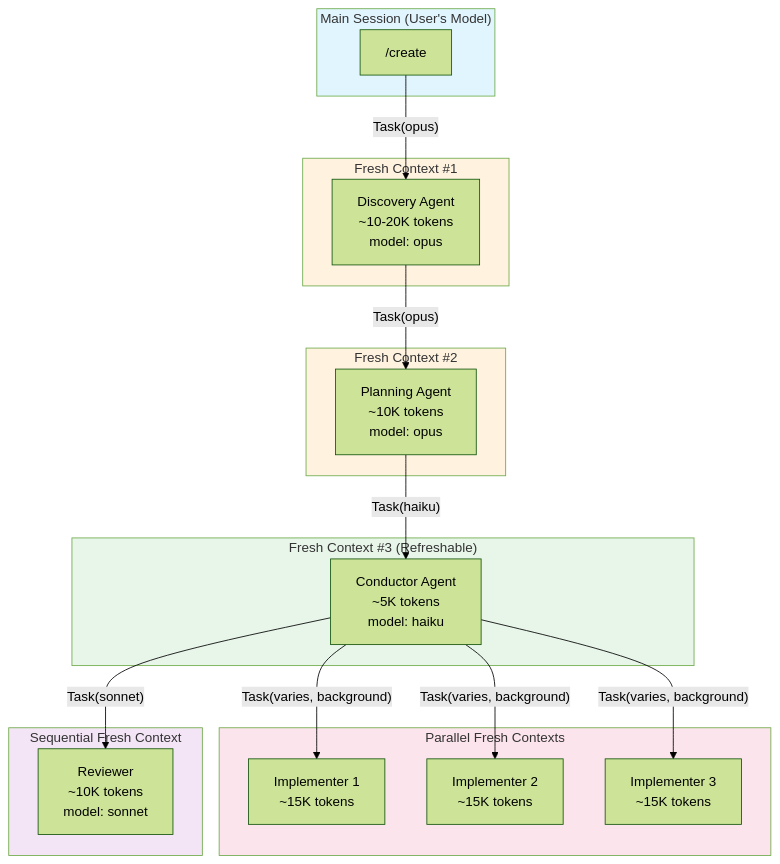
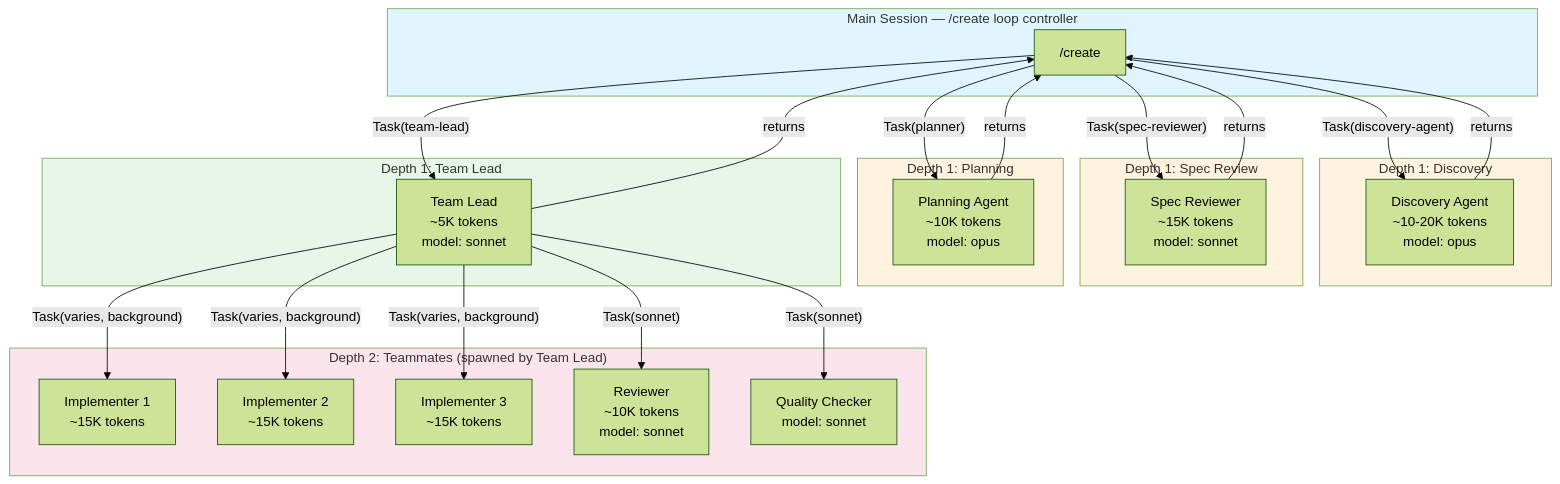
The third of 7 diagrams in diagrams/architecture.md (Zxela/claude-create), drawn with Mermaid (forest theme) before and after one commit. The commit also changed other lines of this file and 5 other files, not shown here.

First line of the commit message:
docs: update diagrams and docs for flat spawn architecture

````diff
--- a/diagrams/architecture.md
+++ b/diagrams/architecture.md
@@ -124,43 +127,51 @@
 ```mermaid
 graph TB
-    subgraph Main["Main Session (User's Model)"]
+    subgraph Main["Main Session — /create loop controller"]
         Entry["/create"]
     end
 
-    subgraph Fresh1["Fresh Context #1"]
+    subgraph Depth1_Discovery["Depth 1: Discovery"]
         D[Discovery Agent<br/>~10-20K tokens<br/>model: opus]
     end
 
-    subgraph Fresh2["Fresh Context #2"]
+    subgraph Depth1_SpecReview["Depth 1: Spec Review"]
+        SR[Spec Reviewer<br/>~15K tokens<br/>model: sonnet]
+    end
+
+    subgraph Depth1_Planning["Depth 1: Planning"]
         P[Planning Agent<br/>~10K tokens<br/>model: opus]
     end
 
-    subgraph Fresh3["Fresh Context #3 (Refreshable)"]
-        C[Conductor Agent<br/>~5K tokens<br/>model: haiku]
+    subgraph Depth1_TeamLead["Depth 1: Team Lead"]
+        TL[Team Lead<br/>~5K tokens<br/>model: sonnet]
     end
 
-    subgraph Parallel["Parallel Fresh Contexts"]
+    subgraph Depth2["Depth 2: Teammates (spawned by Team Lead)"]
         I1[Implementer 1<br/>~15K tokens]
         I2[Implementer 2<br/>~15K tokens]
         I3[Implementer 3<br/>~15K tokens]
+        R[Reviewer<br/>~10K tokens<br/>model: sonnet]
+        QC[Quality Checker<br/>model: sonnet]
     end
 
-    subgraph Sequential["Sequential Fresh Context"]
-        R[Reviewer<br/>~10K tokens<br/>model: sonnet]
-    end
-
-    Entry -->|"Task(opus)"| D
-    D -->|"Task(opus)"| P
-    P -->|"Task(haiku)"| C
-    C -->|"Task(varies, background)"| I1
-    C -->|"Task(varies, background)"| I2
-    C -->|"Task(varies, background)"| I3
-    C -->|"Task(sonnet)"| R
+    Entry -->|"Task(discovery-agent)"| D
+    D -->|"returns"| Entry
+    Entry -->|"Task(spec-reviewer)"| SR
+    SR -->|"returns"| Entry
+    Entry -->|"Task(planner)"| P
+    P -->|"returns"| Entry
+    Entry -->|"Task(team-lead)"| TL
+    TL -->|"Task(varies, background)"| I1
+    TL -->|"Task(varies, background)"| I2
+    TL -->|"Task(varies, background)"| I3
+    TL -->|"Task(sonnet)"| R
+    TL -->|"Task(sonnet)"| QC
+    TL -->|"returns"| Entry
 
     style Main fill:#e1f5fe
-    style Fresh1 fill:#fff3e0
-    style Fresh2 fill:#fff3e0
-    style Fresh3 fill:#e8f5e9
-    style Parallel fill:#fce4ec
-    style Sequential fill:#f3e5f5
+    style Depth1_Discovery fill:#fff3e0
+    style Depth1_SpecReview fill:#fff3e0
+    style Depth1_Planning fill:#fff3e0
+    style Depth1_TeamLead fill:#e8f5e9
+    style Depth2 fill:#fce4ec
 ```
````
